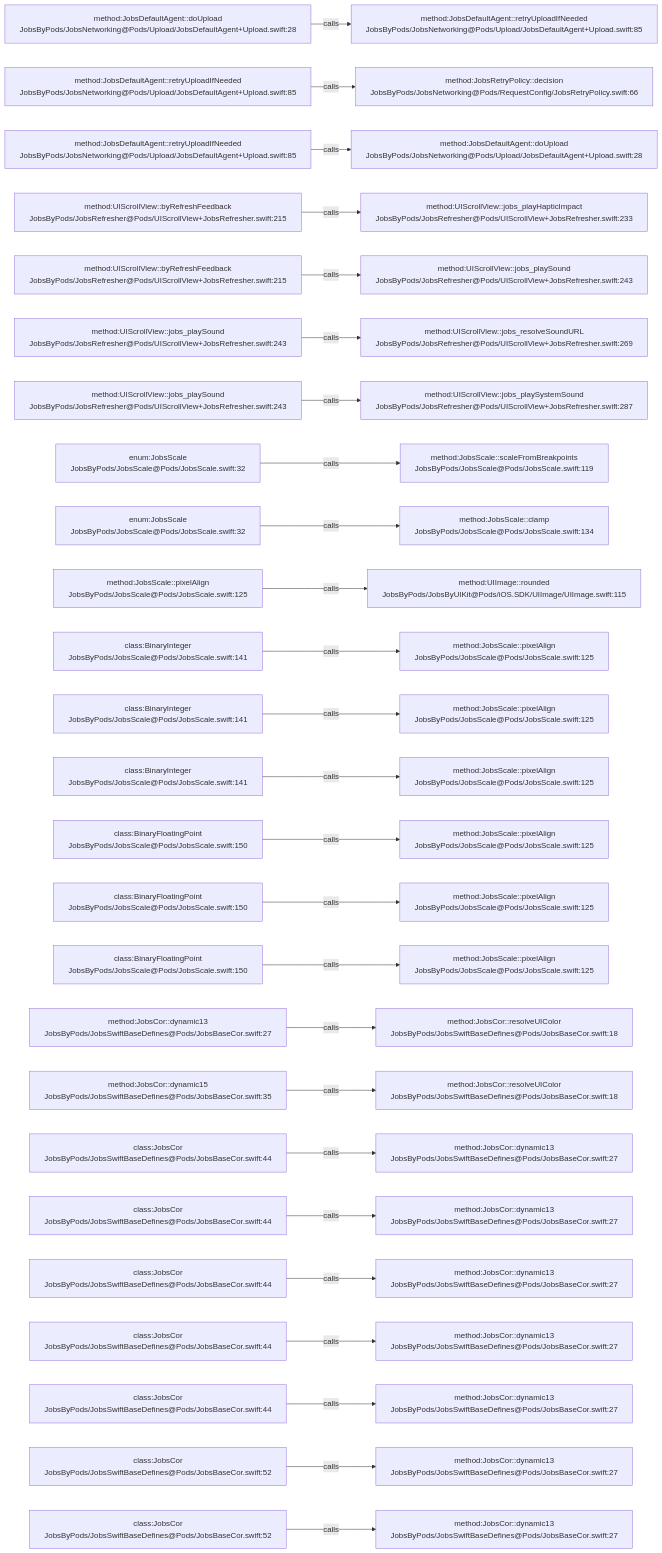
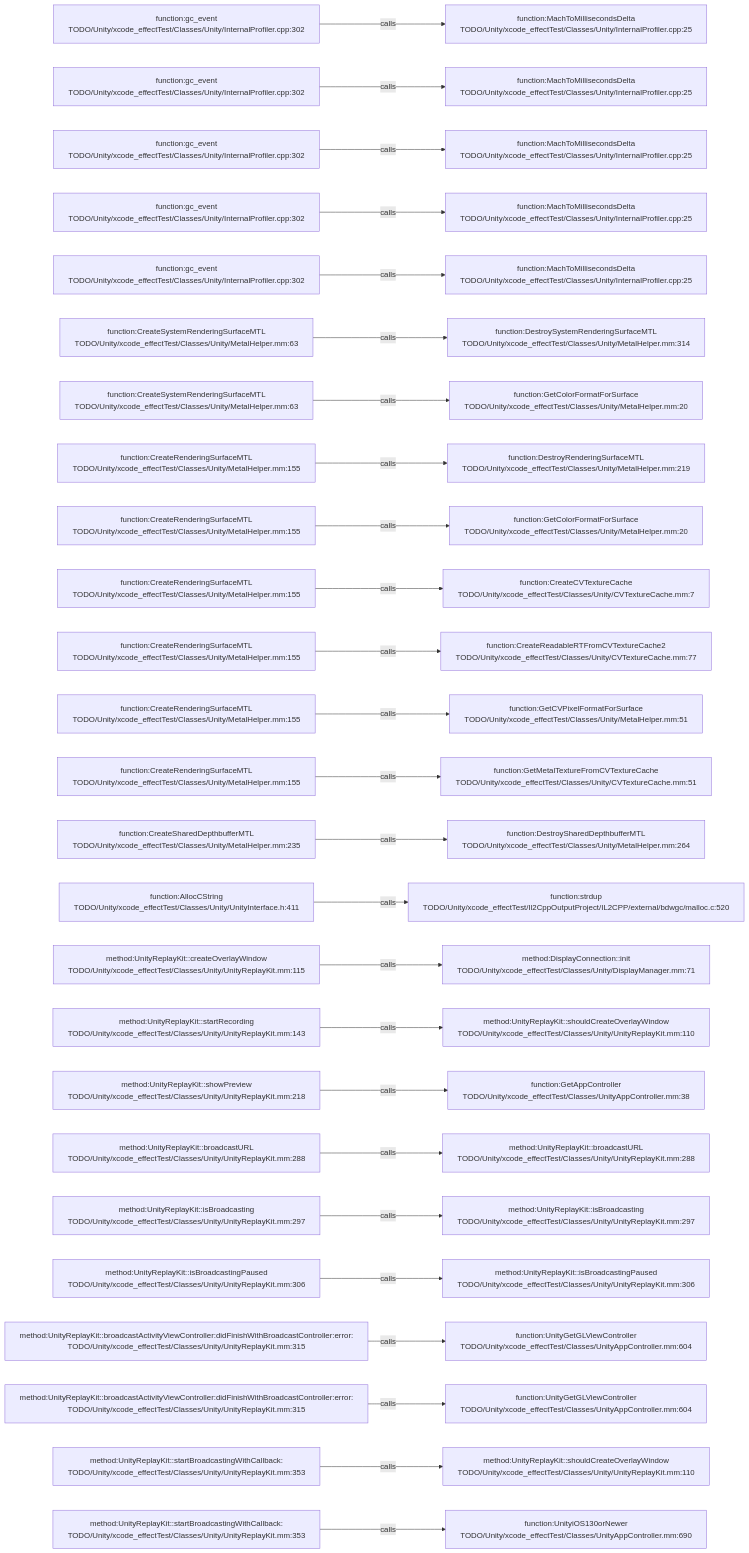
One commit to JobsKits/JobsSwiftBaseConfigDemo changed the diagram in .codegraph/codegraph.md/graphs/calls-042.md. Above: the diagram before and after it, drawn with Mermaid. The commit also changed 227 other files, not shown here.

````diff
--- a/.codegraph/codegraph.md/graphs/calls-042.md
+++ b/.codegraph/codegraph.md/graphs/calls-042.md
@@ -13,78 +13,78 @@
 ```mermaid
 flowchart LR
-  S1["method:JobsDefaultAgent::doUpload<br/>JobsByPods/JobsNetworking@Pods/Upload/JobsDefaultAgent+Upload.swift:28"]
-  T1["method:JobsDefaultAgent::retryUploadIfNeeded<br/>JobsByPods/JobsNetworking@Pods/Upload/JobsDefaultAgent+Upload.swift:85"]
+  S1["function:gc_event<br/>TODO/Unity/xcode_effectTest/Classes/Unity/InternalProfiler.cpp:302"]
+  T1["function:MachToMillisecondsDelta<br/>TODO/Unity/xcode_effectTest/Classes/Unity/InternalProfiler.cpp:25"]
   S1 -->|calls| T1
-  S2["method:JobsDefaultAgent::retryUploadIfNeeded<br/>JobsByPods/JobsNetworking@Pods/Upload/JobsDefaultAgent+Upload.swift:85"]
-  T2["method:JobsRetryPolicy::decision<br/>JobsByPods/JobsNetworking@Pods/RequestConfig/JobsRetryPolicy.swift:66"]
+  S2["function:gc_event<br/>TODO/Unity/xcode_effectTest/Classes/Unity/InternalProfiler.cpp:302"]
+  T2["function:MachToMillisecondsDelta<br/>TODO/Unity/xcode_effectTest/Classes/Unity/InternalProfiler.cpp:25"]
   S2 -->|calls| T2
-  S3["method:JobsDefaultAgent::retryUploadIfNeeded<br/>JobsByPods/JobsNetworking@Pods/Upload/JobsDefaultAgent+Upload.swift:85"]
-  T3["method:JobsDefaultAgent::doUpload<br/>JobsByPods/JobsNetworking@Pods/Upload/JobsDefaultAgent+Upload.swift:28"]
+  S3["function:gc_event<br/>TODO/Unity/xcode_effectTest/Classes/Unity/InternalProfiler.cpp:302"]
+  T3["function:MachToMillisecondsDelta<br/>TODO/Unity/xcode_effectTest/Classes/Unity/InternalProfiler.cpp:25"]
   S3 -->|calls| T3
-  S4["method:UIScrollView::byRefreshFeedback<br/>JobsByPods/JobsRefresher@Pods/UIScrollView+JobsRefresher.swift:215"]
-  T4["method:UIScrollView::jobs_playHapticImpact<br/>JobsByPods/JobsRefresher@Pods/UIScrollView+JobsRefresher.swift:233"]
+  S4["function:gc_event<br/>TODO/Unity/xcode_effectTest/Classes/Unity/InternalProfiler.cpp:302"]
+  T4["function:MachToMillisecondsDelta<br/>TODO/Unity/xcode_effectTest/Classes/Unity/InternalProfiler.cpp:25"]
   S4 -->|calls| T4
-  S5["method:UIScrollView::byRefreshFeedback<br/>JobsByPods/JobsRefresher@Pods/UIScrollView+JobsRefresher.swift:215"]
-  T5["method:UIScrollView::jobs_playSound<br/>JobsByPods/JobsRefresher@Pods/UIScrollView+JobsRefresher.swift:243"]
+  S5["function:gc_event<br/>TODO/Unity/xcode_effectTest/Classes/Unity/InternalProfiler.cpp:302"]
+  T5["function:MachToMillisecondsDelta<br/>TODO/Unity/xcode_effectTest/Classes/Unity/InternalProfiler.cpp:25"]
   S5 -->|calls| T5
-  S6["method:UIScrollView::jobs_playSound<br/>JobsByPods/JobsRefresher@Pods/UIScrollView+JobsRefresher.swift:243"]
-  T6["method:UIScrollView::jobs_resolveSoundURL<br/>JobsByPods/JobsRefresher@Pods/UIScrollView+JobsRefresher.swift:269"]
+  S6["function:CreateSystemRenderingSurfaceMTL<br/>TODO/Unity/xcode_effectTest/Classes/Unity/MetalHelper.mm:63"]
+  T6["function:DestroySystemRenderingSurfaceMTL<br/>TODO/Unity/xcode_effectTest/Classes/Unity/MetalHelper.mm:314"]
   S6 -->|calls| T6
-  S7["method:UIScrollView::jobs_playSound<br/>JobsByPods/JobsRefresher@Pods/UIScrollView+JobsRefresher.swift:243"]
-  T7["method:UIScrollView::jobs_playSystemSound<br/>JobsByPods/JobsRefresher@Pods/UIScrollView+JobsRefresher.swift:287"]
+  S7["function:CreateSystemRenderingSurfaceMTL<br/>TODO/Unity/xcode_effectTest/Classes/Unity/MetalHelper.mm:63"]
+  T7["function:GetColorFormatForSurface<br/>TODO/Unity/xcode_effectTest/Classes/Unity/MetalHelper.mm:20"]
   S7 -->|calls| T7
-  S8["enum:JobsScale<br/>JobsByPods/JobsScale@Pods/JobsScale.swift:32"]
-  T8["method:JobsScale::scaleFromBreakpoints<br/>JobsByPods/JobsScale@Pods/JobsScale.swift:119"]
+  S8["function:CreateRenderingSurfaceMTL<br/>TODO/Unity/xcode_effectTest/Classes/Unity/MetalHelper.mm:155"]
+  T8["function:DestroyRenderingSurfaceMTL<br/>TODO/Unity/xcode_effectTest/Classes/Unity/MetalHelper.mm:219"]
   S8 -->|calls| T8
-  S9["enum:JobsScale<br/>JobsByPods/JobsScale@Pods/JobsScale.swift:32"]
-  T9["method:JobsScale::clamp<br/>JobsByPods/JobsScale@Pods/JobsScale.swift:134"]
+  S9["function:CreateRenderingSurfaceMTL<br/>TODO/Unity/xcode_effectTest/Classes/Unity/MetalHelper.mm:155"]
+  T9["function:GetColorFormatForSurface<br/>TODO/Unity/xcode_effectTest/Classes/Unity/MetalHelper.mm:20"]
   S9 -->|calls| T9
-  S10["method:JobsScale::pixelAlign<br/>JobsByPods/JobsScale@Pods/JobsScale.swift:125"]
-  T10["method:UIImage::rounded<br/>JobsByPods/JobsByUIKit@Pods/iOS.SDK/UIImage/UIImage.swift:115"]
+  S10["function:CreateRenderingSurfaceMTL<br/>TODO/Unity/xcode_effectTest/Classes/Unity/MetalHelper.mm:155"]
+  T10["function:CreateCVTextureCache<br/>TODO/Unity/xcode_effectTest/Classes/Unity/CVTextureCache.mm:7"]
   S10 -->|calls| T10
-  S11["class:BinaryInteger<br/>JobsByPods/JobsScale@Pods/JobsScale.swift:141"]
-  T11["method:JobsScale::pixelAlign<br/>JobsByPods/JobsScale@Pods/JobsScale.swift:125"]
+  S11["function:CreateRenderingSurfaceMTL<br/>TODO/Unity/xcode_effectTest/Classes/Unity/MetalHelper.mm:155"]
+  T11["function:CreateReadableRTFromCVTextureCache2<br/>TODO/Unity/xcode_effectTest/Classes/Unity/CVTextureCache.mm:77"]
   S11 -->|calls| T11
-  S12["class:BinaryInteger<br/>JobsByPods/JobsScale@Pods/JobsScale.swift:141"]
-  T12["method:JobsScale::pixelAlign<br/>JobsByPods/JobsScale@Pods/JobsScale.swift:125"]
+  S12["function:CreateRenderingSurfaceMTL<br/>TODO/Unity/xcode_effectTest/Classes/Unity/MetalHelper.mm:155"]
+  T12["function:GetCVPixelFormatForSurface<br/>TODO/Unity/xcode_effectTest/Classes/Unity/MetalHelper.mm:51"]
   S12 -->|calls| T12
-  S13["class:BinaryInteger<br/>JobsByPods/JobsScale@Pods/JobsScale.swift:141"]
-  T13["method:JobsScale::pixelAlign<br/>JobsByPods/JobsScale@Pods/JobsScale.swift:125"]
+  S13["function:CreateRenderingSurfaceMTL<br/>TODO/Unity/xcode_effectTest/Classes/Unity/MetalHelper.mm:155"]
+  T13["function:GetMetalTextureFromCVTextureCache<br/>TODO/Unity/xcode_effectTest/Classes/Unity/CVTextureCache.mm:51"]
   S13 -->|calls| T13
-  S14["class:BinaryFloatingPoint<br/>JobsByPods/JobsScale@Pods/JobsScale.swift:150"]
-  T14["method:JobsScale::pixelAlign<br/>JobsByPods/JobsScale@Pods/JobsScale.swift:125"]
+  S14["function:CreateSharedDepthbufferMTL<br/>TODO/Unity/xcode_effectTest/Classes/Unity/MetalHelper.mm:235"]
+  T14["function:DestroySharedDepthbufferMTL<br/>TODO/Unity/xcode_effectTest/Classes/Unity/MetalHelper.mm:264"]
   S14 -->|calls| T14
-  S15["class:BinaryFloatingPoint<br/>JobsByPods/JobsScale@Pods/JobsScale.swift:150"]
-  T15["method:JobsScale::pixelAlign<br/>JobsByPods/JobsScale@Pods/JobsScale.swift:125"]
+  S15["function:AllocCString<br/>TODO/Unity/xcode_effectTest/Classes/Unity/UnityInterface.h:411"]
+  T15["function:strdup<br/>TODO/Unity/xcode_effectTest/Il2CppOutputProject/IL2CPP/external/bdwgc/malloc.c:520"]
   S15 -->|calls| T15
-  S16["class:BinaryFloatingPoint<br/>JobsByPods/JobsScale@Pods/JobsScale.swift:150"]
-  T16["method:JobsScale::pixelAlign<br/>JobsByPods/JobsScale@Pods/JobsScale.swift:125"]
+  S16["method:UnityReplayKit::createOverlayWindow<br/>TODO/Unity/xcode_effectTest/Classes/Unity/UnityReplayKit.mm:115"]
+  T16["method:DisplayConnection::init<br/>TODO/Unity/xcode_effectTest/Classes/Unity/DisplayManager.mm:71"]
   S16 -->|calls| T16
-  S17["method:JobsCor::dynamic13<br/>JobsByPods/JobsSwiftBaseDefines@Pods/JobsBaseCor.swift:27"]
-  T17["method:JobsCor::resolveUIColor<br/>JobsByPods/JobsSwiftBaseDefines@Pods/JobsBaseCor.swift:18"]
+  S17["method:UnityReplayKit::startRecording<br/>TODO/Unity/xcode_effectTest/Classes/Unity/UnityReplayKit.mm:143"]
+  T17["method:UnityReplayKit::shouldCreateOverlayWindow<br/>TODO/Unity/xcode_effectTest/Classes/Unity/UnityReplayKit.mm:110"]
   S17 -->|calls| T17
-  S18["method:JobsCor::dynamic15<br/>JobsByPods/JobsSwiftBaseDefines@Pods/JobsBaseCor.swift:35"]
-  T18["method:JobsCor::resolveUIColor<br/>JobsByPods/JobsSwiftBaseDefines@Pods/JobsBaseCor.swift:18"]
+  S18["method:UnityReplayKit::showPreview<br/>TODO/Unity/xcode_effectTest/Classes/Unity/UnityReplayKit.mm:218"]
+  T18["function:GetAppController<br/>TODO/Unity/xcode_effectTest/Classes/UnityAppController.mm:38"]
   S18 -->|calls| T18
-  S19["class:JobsCor<br/>JobsByPods/JobsSwiftBaseDefines@Pods/JobsBaseCor.swift:44"]
-  T19["method:JobsCor::dynamic13<br/>JobsByPods/JobsSwiftBaseDefines@Pods/JobsBaseCor.swift:27"]
+  S19["method:UnityReplayKit::broadcastURL<br/>TODO/Unity/xcode_effectTest/Classes/Unity/UnityReplayKit.mm:288"]
+  T19["method:UnityReplayKit::broadcastURL<br/>TODO/Unity/xcode_effectTest/Classes/Unity/UnityReplayKit.mm:288"]
   S19 -->|calls| T19
-  S20["class:JobsCor<br/>JobsByPods/JobsSwiftBaseDefines@Pods/JobsBaseCor.swift:44"]
-  T20["method:JobsCor::dynamic13<br/>JobsByPods/JobsSwiftBaseDefines@Pods/JobsBaseCor.swift:27"]
+  S20["method:UnityReplayKit::isBroadcasting<br/>TODO/Unity/xcode_effectTest/Classes/Unity/UnityReplayKit.mm:297"]
+  T20["method:UnityReplayKit::isBroadcasting<br/>TODO/Unity/xcode_effectTest/Classes/Unity/UnityReplayKit.mm:297"]
   S20 -->|calls| T20
-  S21["class:JobsCor<br/>JobsByPods/JobsSwiftBaseDefines@Pods/JobsBaseCor.swift:44"]
-  T21["method:JobsCor::dynamic13<br/>JobsByPods/JobsSwiftBaseDefines@Pods/JobsBaseCor.swift:27"]
+  S21["method:UnityReplayKit::isBroadcastingPaused<br/>TODO/Unity/xcode_effectTest/Classes/Unity/UnityReplayKit.mm:306"]
+  T21["method:UnityReplayKit::isBroadcastingPaused<br/>TODO/Unity/xcode_effectTest/Classes/Unity/UnityReplayKit.mm:306"]
   S21 -->|calls| T21
-  S22["class:JobsCor<br/>JobsByPods/JobsSwiftBaseDefines@Pods/JobsBaseCor.swift:44"]
-  T22["method:JobsCor::dynamic13<br/>JobsByPods/JobsSwiftBaseDefines@Pods/JobsBaseCor.swift:27"]
+  S22["method:UnityReplayKit::broadcastActivityViewController:didFinishWithBroadcastController:error:<br/>TODO/Unity/xcode_effectTest/Classes/Unity/UnityReplayKit.mm:315"]
+  T22["function:UnityGetGLViewController<br/>TODO/Unity/xcode_effectTest/Classes/UnityAppController.mm:604"]
   S22 -->|calls| T22
-  S23["class:JobsCor<br/>JobsByPods/JobsSwiftBaseDefines@Pods/JobsBaseCor.swift:44"]
-  T23["method:JobsCor::dynamic13<br/>JobsByPods/JobsSwiftBaseDefines@Pods/JobsBaseCor.swift:27"]
+  S23["method:UnityReplayKit::broadcastActivityViewController:didFinishWithBroadcastController:error:<br/>TODO/Unity/xcode_effectTest/Classes/Unity/UnityReplayKit.mm:315"]
+  T23["function:UnityGetGLViewController<br/>TODO/Unity/xcode_effectTest/Classes/UnityAppController.mm:604"]
   S23 -->|calls| T23
-  S24["class:JobsCor<br/>JobsByPods/JobsSwiftBaseDefines@Pods/JobsBaseCor.swift:52"]
-  T24["method:JobsCor::dynamic13<br/>JobsByPods/JobsSwiftBaseDefines@Pods/JobsBaseCor.swift:27"]
+  S24["method:UnityReplayKit::startBroadcastingWithCallback:<br/>TODO/Unity/xcode_effectTest/Classes/Unity/UnityReplayKit.mm:353"]
+  T24["method:UnityReplayKit::shouldCreateOverlayWindow<br/>TODO/Unity/xcode_effectTest/Classes/Unity/UnityReplayKit.mm:110"]
   S24 -->|calls| T24
-  S25["class:JobsCor<br/>JobsByPods/JobsSwiftBaseDefines@Pods/JobsBaseCor.swift:52"]
-  T25["method:JobsCor::dynamic13<br/>JobsByPods/JobsSwiftBaseDefines@Pods/JobsBaseCor.swift:27"]
+  S25["method:UnityReplayKit::startBroadcastingWithCallback:<br/>TODO/Unity/xcode_effectTest/Classes/Unity/UnityReplayKit.mm:353"]
+  T25["function:UnityiOS130orNewer<br/>TODO/Unity/xcode_effectTest/Classes/UnityAppController.mm:690"]
   S25 -->|calls| T25
 ```
````
